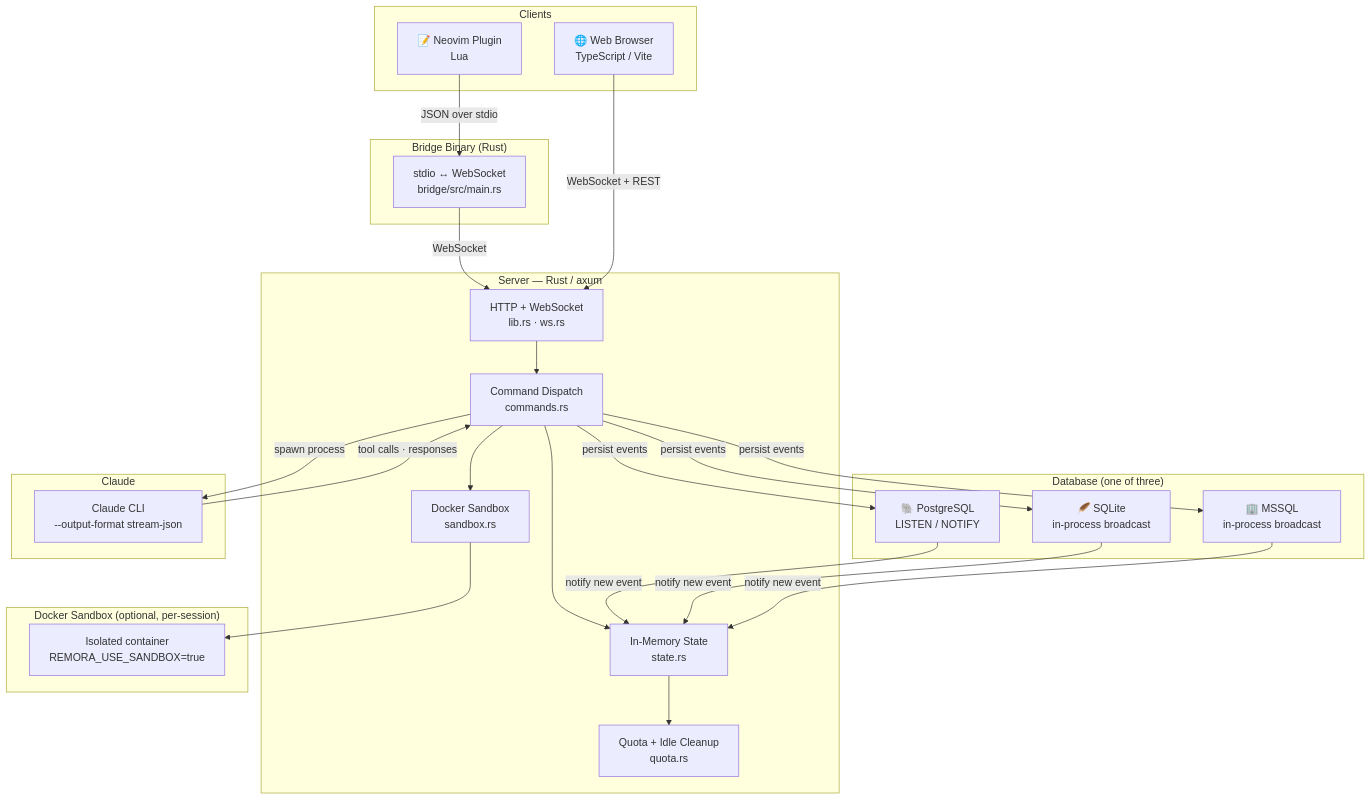
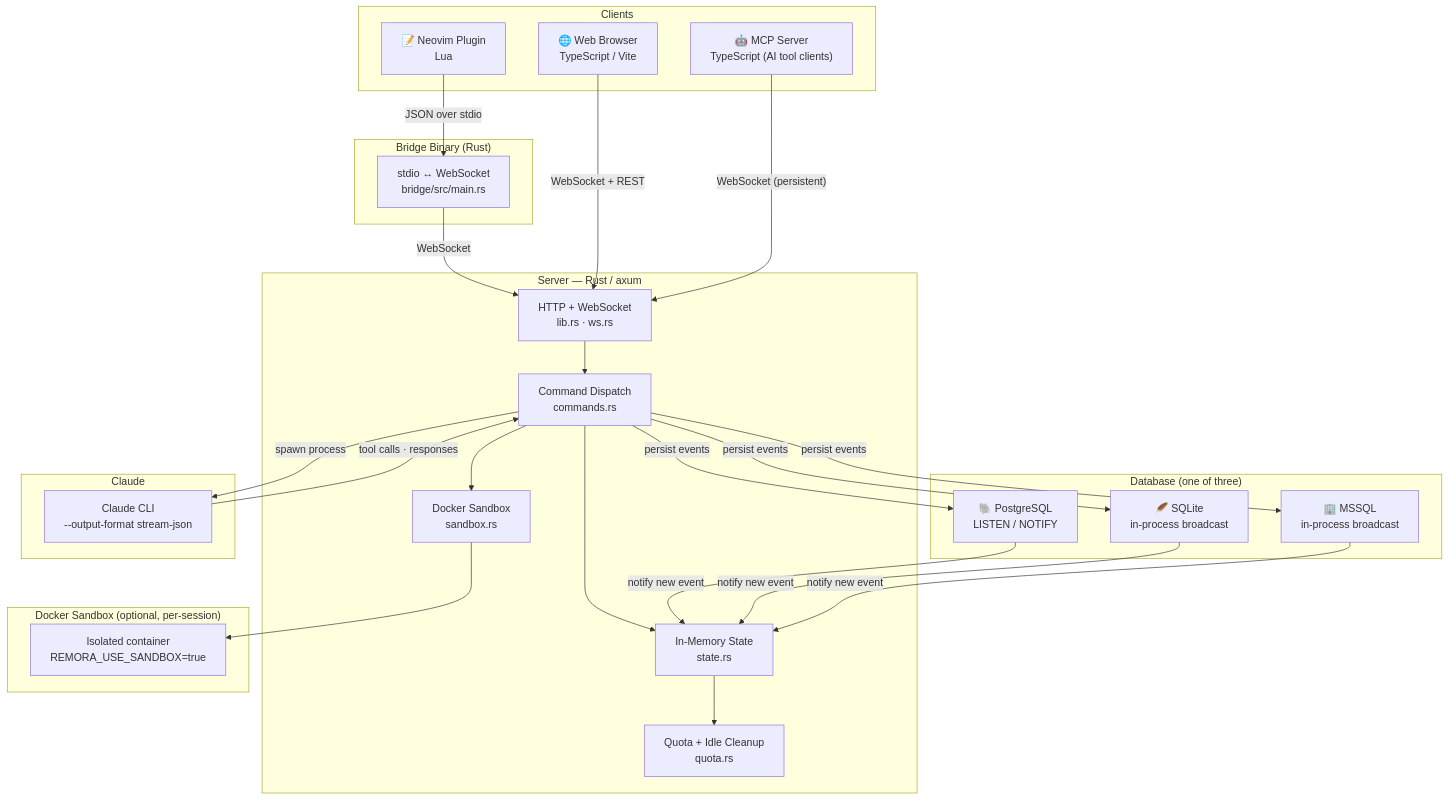
One commit to Logan-Garrett/remora changed the first of 6 diagrams in docs/architecture.md. Above: the diagram before and after it, drawn with Mermaid. The commit also changed 2 other files, not shown here.

Commit message:
docs: add MCP + templates to CHANGELOG, Justfile, architecture diagram

````diff
--- a/docs/architecture.md
+++ b/docs/architecture.md
@@ -9,49 +9,51 @@
 ```mermaid
 flowchart TB
     subgraph clients ["Clients"]
         WEB["🌐 Web Browser\nTypeScript / Vite"]
         NV["📝 Neovim Plugin\nLua"]
+        MCP["🤖 MCP Server\nTypeScript (AI tool clients)"]
     end
 
     subgraph bridge ["Bridge Binary (Rust)"]
         BR["stdio ↔ WebSocket\nbridge/src/main.rs"]
     end
 
     NV -- "JSON over stdio" --> BR
     BR -- "WebSocket" --> SRV
     WEB -- "WebSocket + REST" --> SRV
+    MCP -- "WebSocket (persistent)" --> SRV
 
     subgraph server ["Server — Rust / axum"]
         SRV["HTTP + WebSocket\nlib.rs · ws.rs"]
         CMD["Command Dispatch\ncommands.rs"]
         STATE["In-Memory State\nstate.rs"]
         QUOTA["Quota + Idle Cleanup\nquota.rs"]
         SANDBOX["Docker Sandbox\nsandbox.rs"]
         SRV --> CMD
         CMD --> STATE
         CMD --> SANDBOX
         STATE --> QUOTA
     end
 
     subgraph db ["Database (one of three)"]
         PG["🐘 PostgreSQL\nLISTEN / NOTIFY"]
         SQ["🪶 SQLite\nin-process broadcast"]
         MS["🏢 MSSQL\nin-process broadcast"]
     end
 
     CMD -- "persist events" --> PG & SQ & MS
     PG & SQ & MS -- "notify new event" --> STATE
 
     subgraph claude ["Claude"]
         CLI["Claude CLI\n--output-format stream-json"]
     end
 
     CMD -- "spawn process" --> CLI
     CLI -- "tool calls · responses" --> CMD
 
     subgraph sandbox_box ["Docker Sandbox (optional, per-session)"]
         DC["Isolated container\nREMORA_USE_SANDBOX=true"]
     end
 
     SANDBOX --> DC
 ```
````
